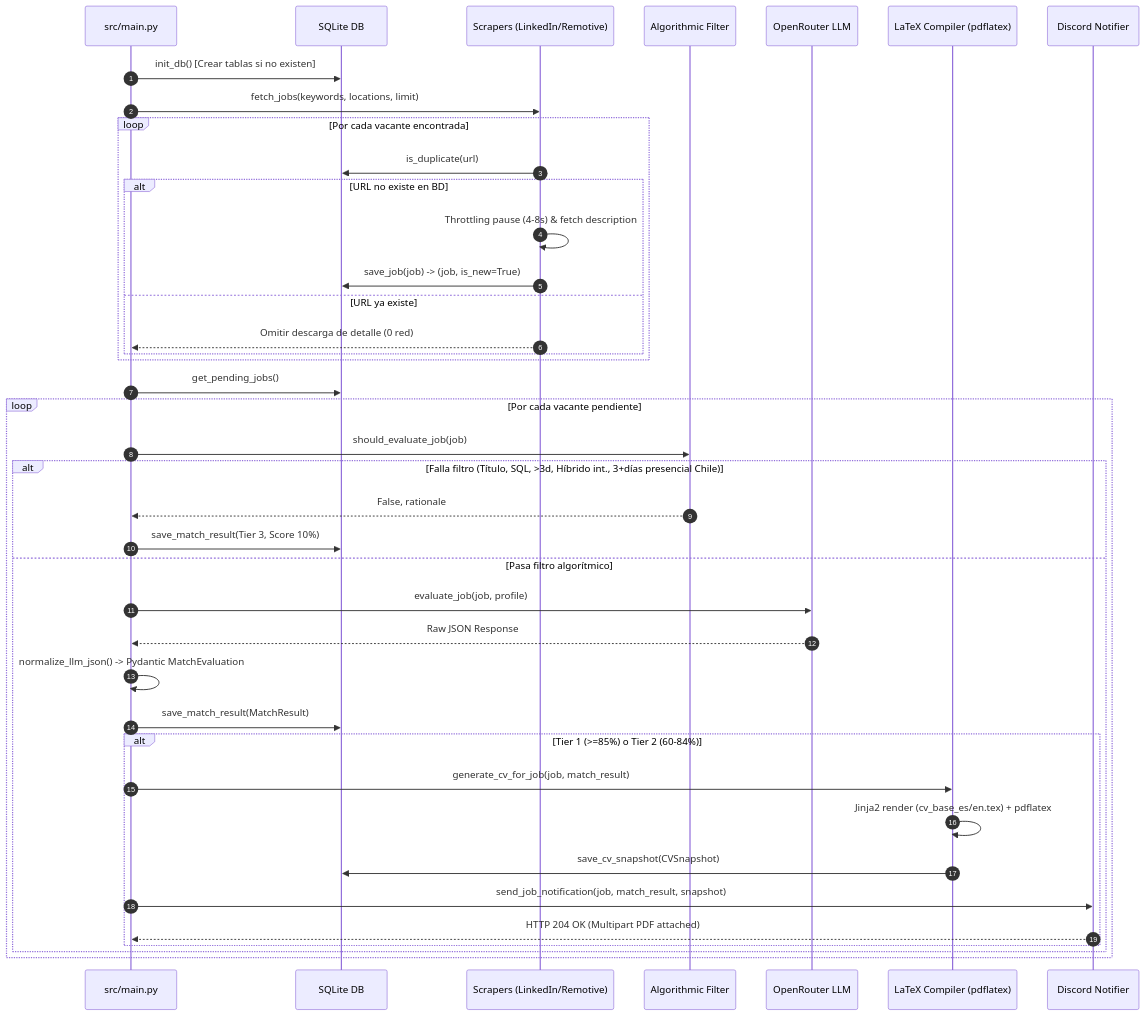
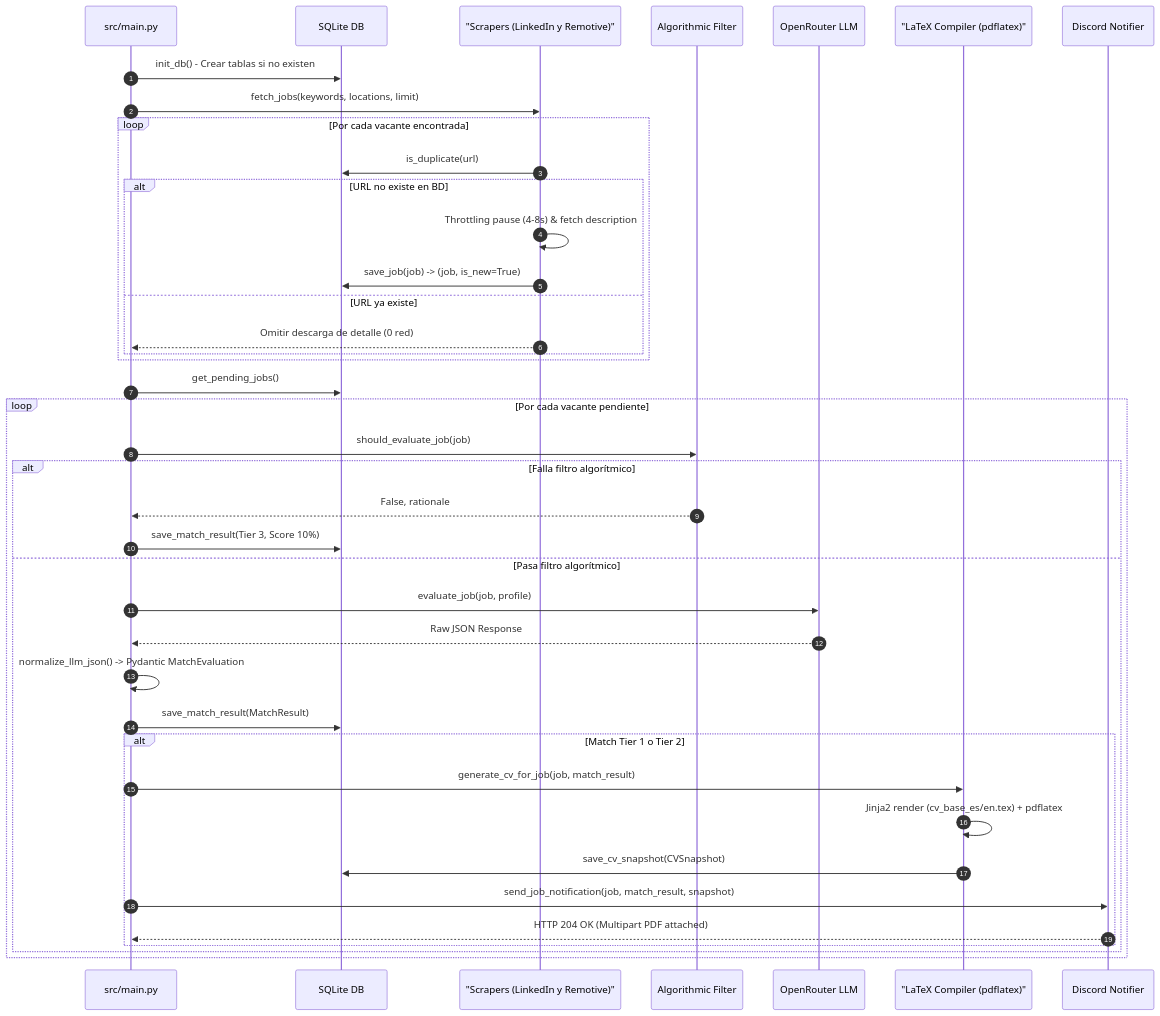
Before and after one commit to rigbarra/job-fit: the first of 2 diagrams in docs/ARCHITECTURE.md, drawn with Mermaid. The commit also changed other lines of this file and 1 other file, not shown here.

Commit message:
fix(docs): corregir sintaxis de diagramas Mermaid para renderizado en GitHub y Obsidian

````diff
--- a/docs/ARCHITECTURE.md
+++ b/docs/ARCHITECTURE.md
@@ -9,47 +9,47 @@
 ```mermaid
 sequenceDiagram
     autonumber
     participant Main as src/main.py
     participant DB as SQLite DB
-    participant Scraper as Scrapers (LinkedIn/Remotive)
+    participant Scraper as "Scrapers (LinkedIn y Remotive)"
     participant Filter as Algorithmic Filter
     participant LLM as OpenRouter LLM
-    participant Compiler as LaTeX Compiler (pdflatex)
+    participant Compiler as "LaTeX Compiler (pdflatex)"
     participant Discord as Discord Notifier
 
-    Main->>DB: init_db() [Crear tablas si no existen]
+    Main->>DB: init_db() - Crear tablas si no existen
     Main->>Scraper: fetch_jobs(keywords, locations, limit)
     
     loop Por cada vacante encontrada
         Scraper->>DB: is_duplicate(url)
         alt URL no existe en BD
             Scraper->>Scraper: Throttling pause (4-8s) & fetch description
             Scraper->>DB: save_job(job) -> (job, is_new=True)
         else URL ya existe
             Scraper-->>Main: Omitir descarga de detalle (0 red)
         end
     end
 
     Main->>DB: get_pending_jobs()
     
     loop Por cada vacante pendiente
         Main->>Filter: should_evaluate_job(job)
-        alt Falla filtro (Título, SQL, >3d, Híbrido int., 3+días presencial Chile)
+        alt Falla filtro algorítmico
             Filter-->>Main: False, rationale
             Main->>DB: save_match_result(Tier 3, Score 10%)
         else Pasa filtro algorítmico
             Main->>LLM: evaluate_job(job, profile)
             LLM-->>Main: Raw JSON Response
             Main->>Main: normalize_llm_json() -> Pydantic MatchEvaluation
             Main->>DB: save_match_result(MatchResult)
             
-            alt Tier 1 (>=85%) o Tier 2 (60-84%)
+            alt Match Tier 1 o Tier 2
                 Main->>Compiler: generate_cv_for_job(job, match_result)
                 Compiler->>Compiler: Jinja2 render (cv_base_es/en.tex) + pdflatex
                 Compiler->>DB: save_cv_snapshot(CVSnapshot)
                 Main->>Discord: send_job_notification(job, match_result, snapshot)
                 Discord-->>Main: HTTP 204 OK (Multipart PDF attached)
             end
         end
     end
 ```
````
